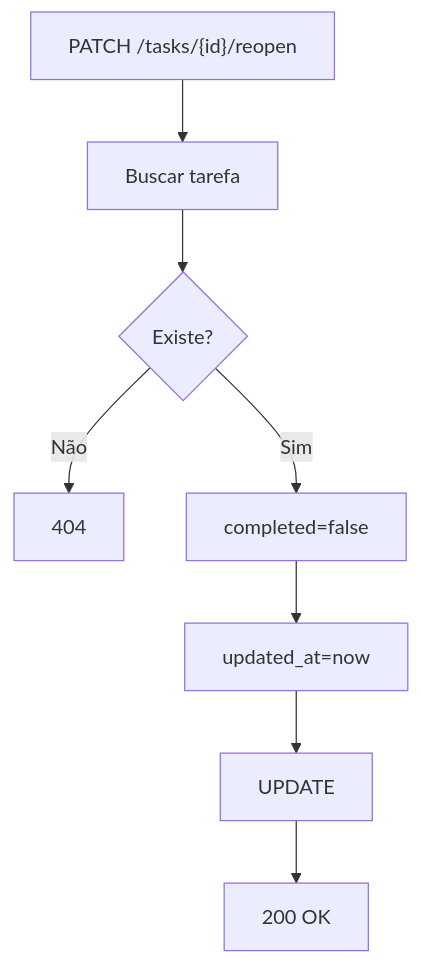
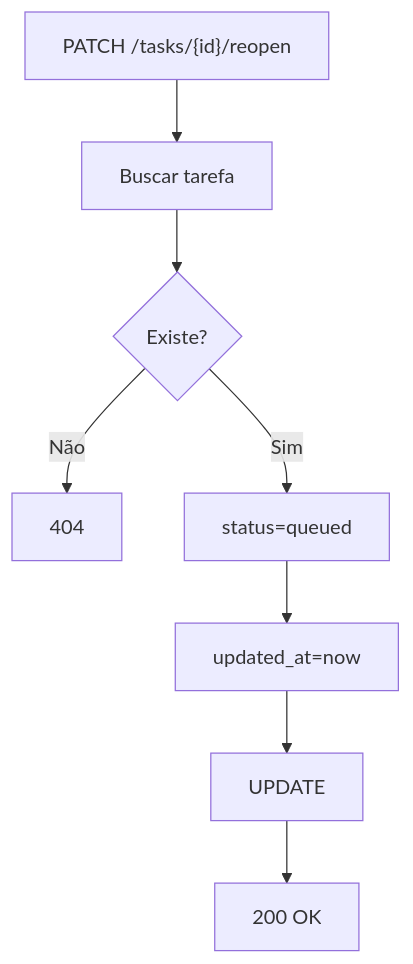
The sixth of 9 diagrams in docs/sad_task_flow_api_enterprise.md (vilainricardo/AVA_TaskFlowAPI), drawn with Mermaid before and after one commit. The commit also changed other lines of this file and 18 other files, not shown here.

````diff
--- a/docs/sad_task_flow_api_enterprise.md
+++ b/docs/sad_task_flow_api_enterprise.md
@@ -162,10 +162,10 @@
 ```mermaid
 flowchart TD
 A["PATCH /tasks/{id}/reopen"] --> B[Buscar tarefa]
 B --> C{Existe?}
 C -- Não --> D[404]
-C -- Sim --> E[completed=false]
+C -- Sim --> E[status=queued]
 E --> F[updated_at=now]
 F --> G[UPDATE]
 G --> H[200 OK]
 ```
````
